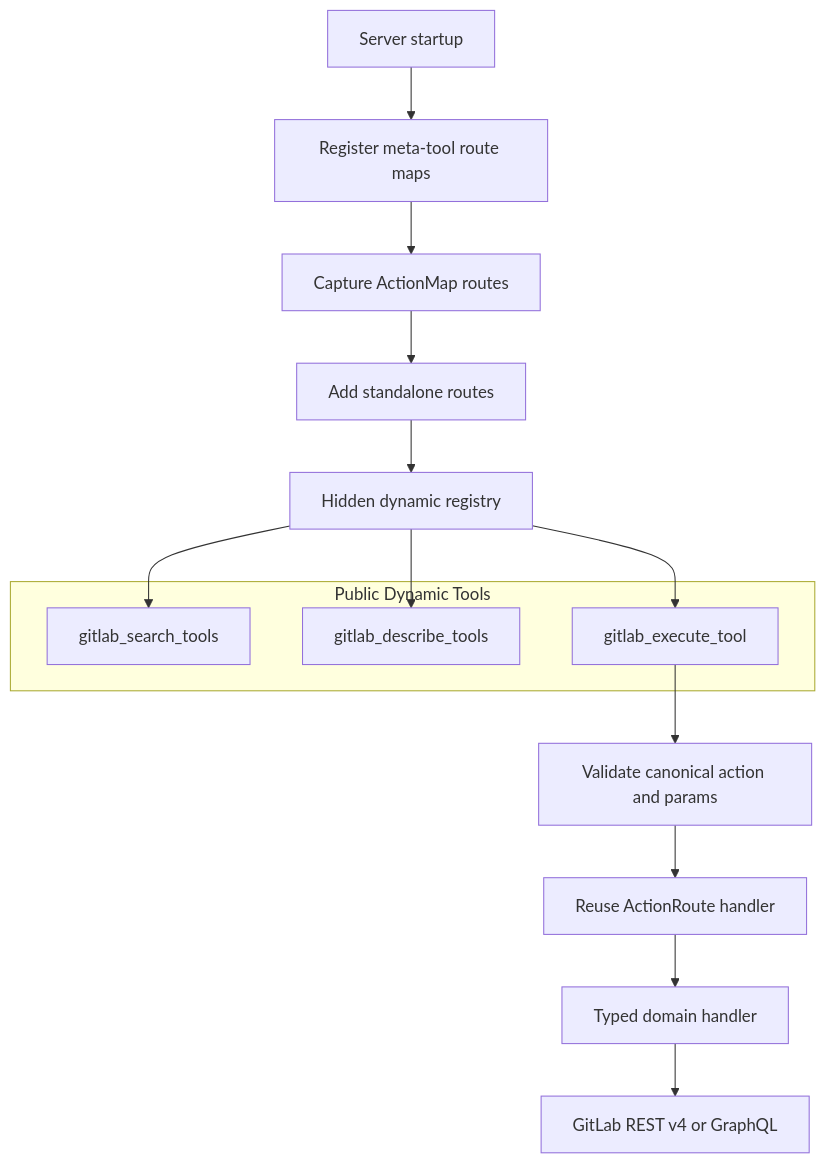
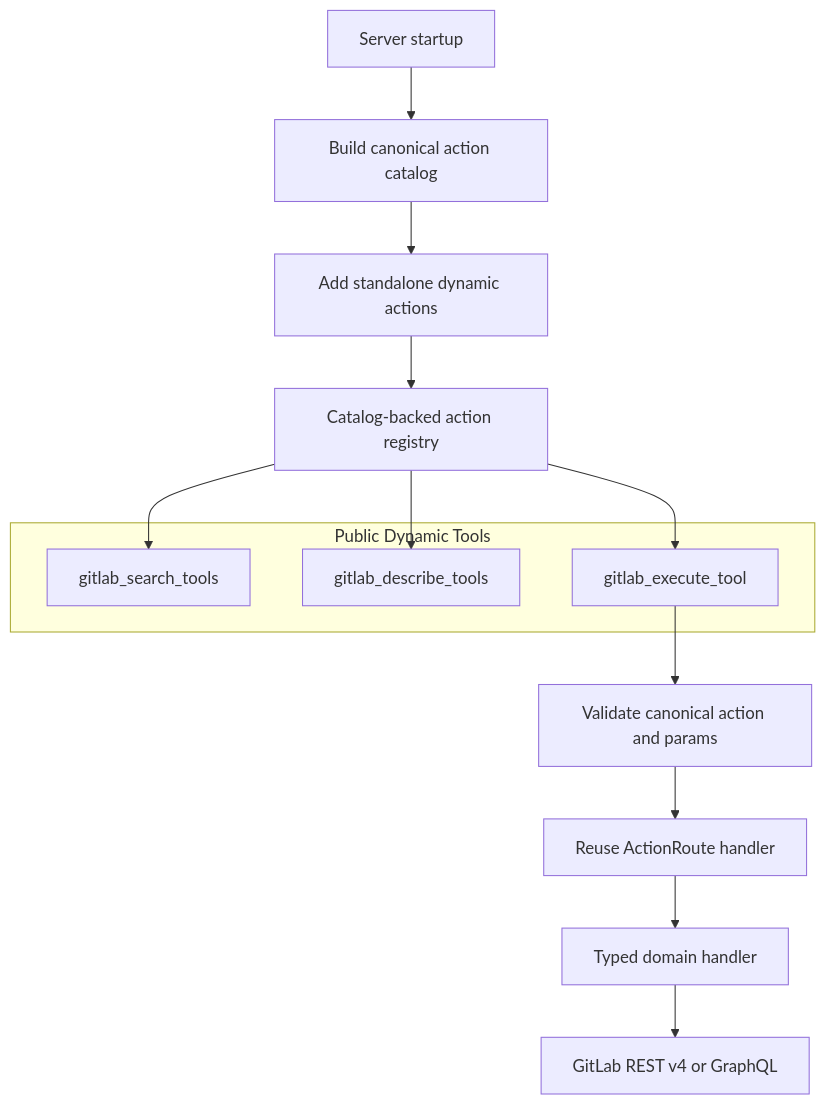
Before and after one commit to jmrplens/gitlab-mcp-server: the fifth of 11 diagrams in docs/architecture.md, drawn with Mermaid. The commit also changed other lines of this file and 62 other files, not shown here.

First line of the commit message:
feat(dynamic): add canonical action catalog

````diff
--- a/docs/architecture.md
+++ b/docs/architecture.md
@@ -287,21 +293,20 @@
 ```mermaid
 flowchart TD
-    START[Server startup] --> META_ROUTES[Register meta-tool route maps]
-    META_ROUTES --> CAPTURE[Capture ActionMap routes]
-    CAPTURE --> STANDALONE[Add standalone routes]
-    STANDALONE --> REGISTRY[Hidden dynamic registry]
+    START[Server startup] --> CATALOG[Build canonical action catalog]
+    CATALOG --> STANDALONE[Add standalone dynamic actions]
+    STANDALONE --> REGISTRY[Catalog-backed action registry]
 
     subgraph Public Dynamic Tools
         SEARCH[gitlab_search_tools]
         DESCRIBE[gitlab_describe_tools]
         EXECUTE[gitlab_execute_tool]
     end
 
     REGISTRY --> SEARCH
     REGISTRY --> DESCRIBE
     REGISTRY --> EXECUTE
     EXECUTE --> VALIDATE[Validate canonical action and params]
     VALIDATE --> ROUTE[Reuse ActionRoute handler]
     ROUTE --> HANDLER[Typed domain handler]
     HANDLER --> GITLAB[GitLab REST v4 or GraphQL]
 ```
````
